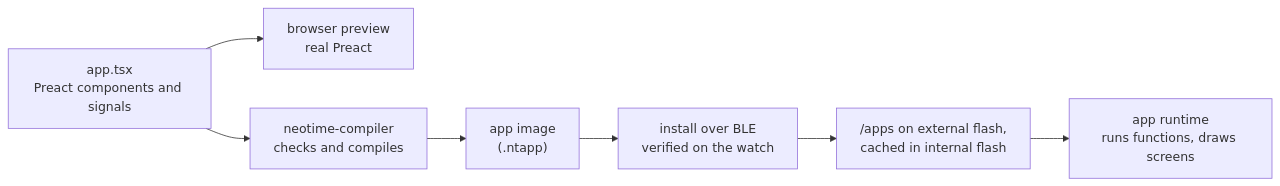
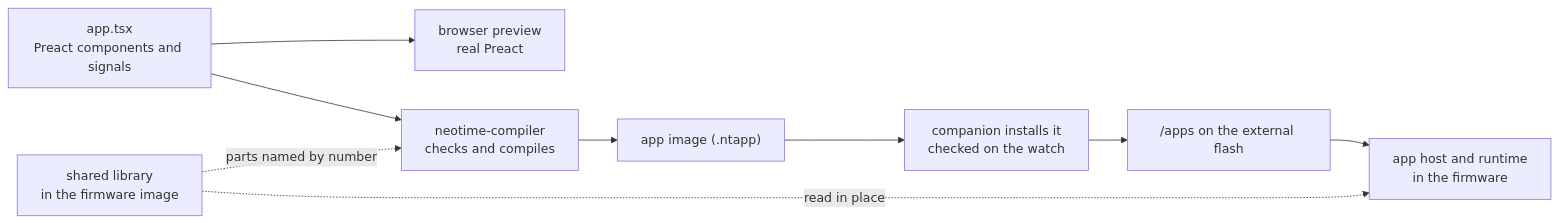
One commit to BeatLink/BattleTime changed the diagram in docs/app-runtime.md. Above: the diagram before and after it, drawn with Mermaid. The commit also changed other lines of this file and 84 other files, not shown here.

````diff
--- a/docs/app-runtime.md
+++ b/docs/app-runtime.md
@@ -60,13 +51,16 @@
 ```mermaid
 flowchart LR
     source["app.tsx<br/>Preact components and signals"]
     preview["browser preview<br/>real Preact"]
     compiler["neotime-compiler<br/>checks and compiles"]
-    image["app image<br/>(.ntapp)"]
-    install["install over BLE<br/>verified on the watch"]
-    store["/apps on external flash,<br/>cached in internal flash"]
-    runtime["app runtime<br/>runs functions, draws screens"]
+    image["app image (.ntapp)"]
+    install["companion installs it<br/>checked on the watch"]
+    store["/apps on the external flash"]
+    host["app host and runtime<br/>in the firmware"]
+    library["shared library<br/>in the firmware image"]
 
-    source --> compiler --> image --> install --> store --> runtime
+    source --> compiler --> image --> install --> store --> host
     source --> preview
+    library -. "parts named by number" .-> compiler
+    library -. "read in place" .-> host
 ```
````
